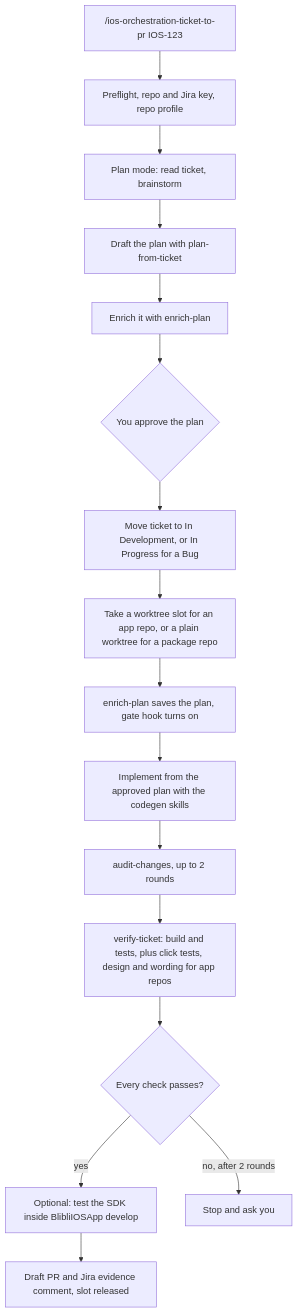
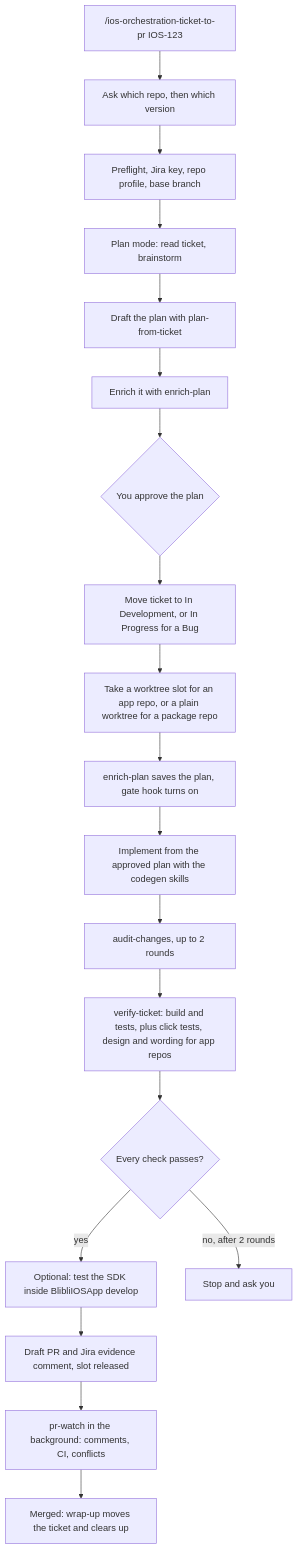
The diagram in README.md (gdncomm-aditya-h/adit-mobile-orchestration), drawn with Mermaid before and after one commit. The commit also changed other lines of this file and 8 other files, not shown here.

First line of the commit message:
docs: follow agent-plugins#595 as it stands now (fifteen skills, repo and version questions, pr-watch, wrap-up, publish-doc)

````diff
--- a/README.md
+++ b/README.md
@@ -70,18 +73,21 @@
 ```mermaid
 flowchart TD
-    A["/ios-orchestration-ticket-to-pr IOS-123"] --> P["Preflight, repo and Jira key, repo profile"]
+    A["/ios-orchestration-ticket-to-pr IOS-123"] --> Q["Ask which repo, then which version"]
+    Q --> P["Preflight, Jira key, repo profile, base branch"]
     P --> B["Plan mode: read ticket, brainstorm"]
     B --> B2["Draft the plan with plan-from-ticket"]
     B2 --> B3["Enrich it with enrich-plan"]
     B3 --> C{"You approve the plan"}
     C --> D["Move ticket to In Development, or In Progress for a Bug"]
     D --> E["Take a worktree slot for an app repo, or a plain worktree for a package repo"]
     E --> F["enrich-plan saves the plan, gate hook turns on"]
     F --> G["Implement from the approved plan with the codegen skills"]
     G --> H["audit-changes, up to 2 rounds"]
     H --> I["verify-ticket: build and tests, plus click tests, design and wording for app repos"]
     I --> J{"Every check passes?"}
     J -- yes --> K["Optional: test the SDK inside BlibliIOSApp develop"]
     K --> L["Draft PR and Jira evidence comment, slot released"]
+    L --> W["pr-watch in the background: comments, CI, conflicts"]
+    W --> X["Merged: wrap-up moves the ticket and clears up"]
     J -- "no, after 2 rounds" --> M["Stop and ask you"]
 ```
````
